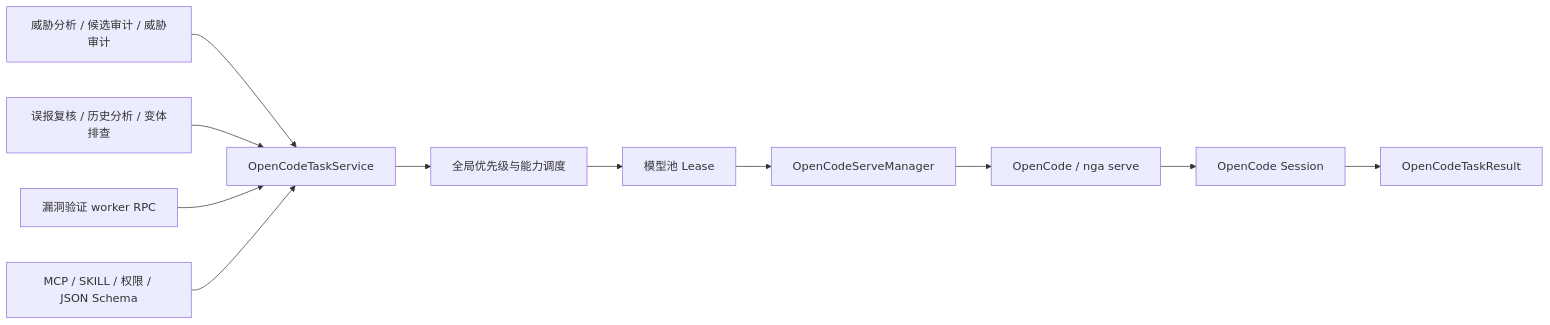
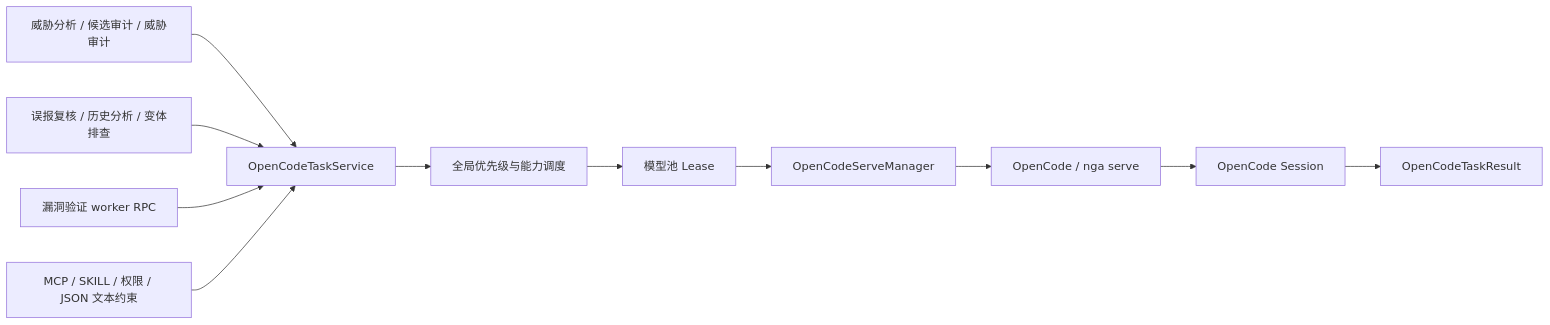
The diagram in docs/opencode_task_service.md (softcucu/OpenDeepHole), drawn with Mermaid before and after one commit. The commit also changed other lines of this file and 25 other files, not shown here.

````diff
--- a/docs/opencode_task_service.md
+++ b/docs/opencode_task_service.md
@@ -23,13 +23,13 @@
 ```mermaid
 flowchart LR
     A[威胁分析 / 候选审计 / 威胁审计] --> S[OpenCodeTaskService]
     B[误报复核 / 历史分析 / 变体排查] --> S
     C[漏洞验证 worker RPC] --> S
     S --> Q[全局优先级与能力调度]
     Q --> M[模型池 Lease]
     M --> R[OpenCodeServeManager]
     R --> O[OpenCode / nga serve]
     O --> X[OpenCode Session]
-    T[MCP / SKILL / 权限 / JSON Schema] --> S
+    T[MCP / SKILL / 权限 / JSON 文本约束] --> S
     X --> Z[OpenCodeTaskResult]
 ```
````
